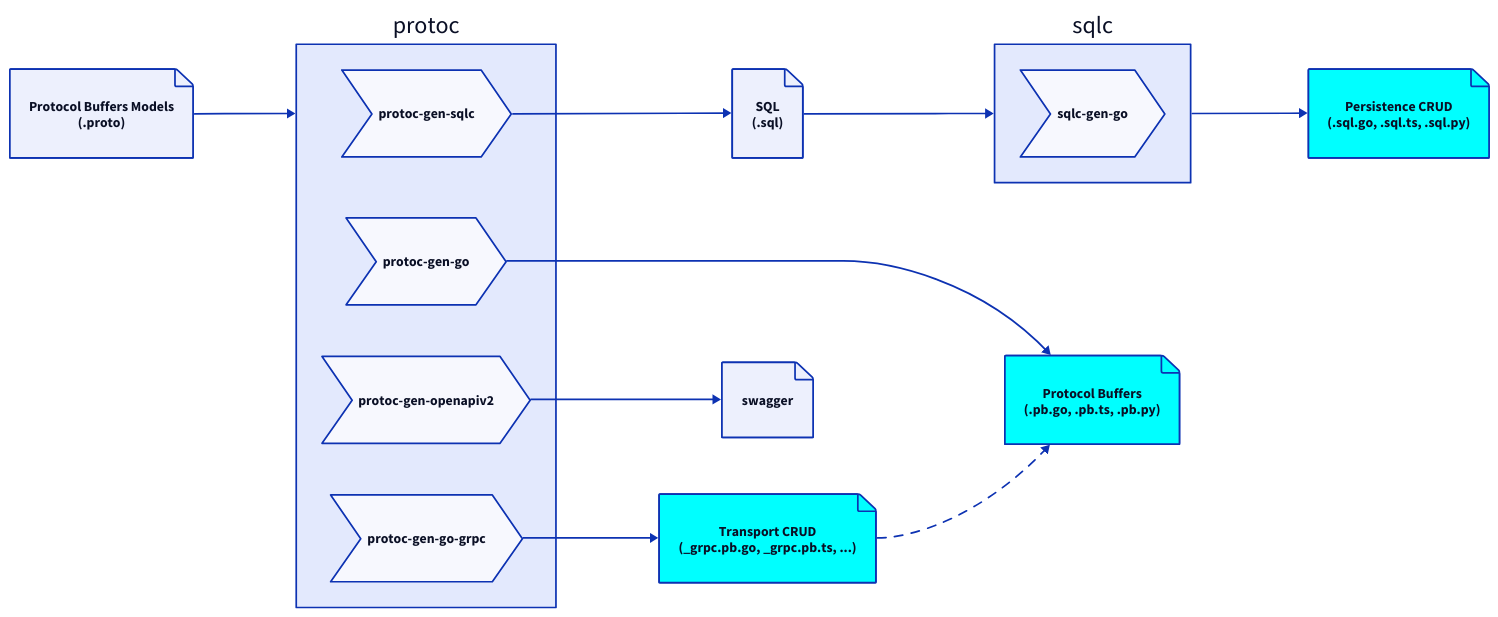
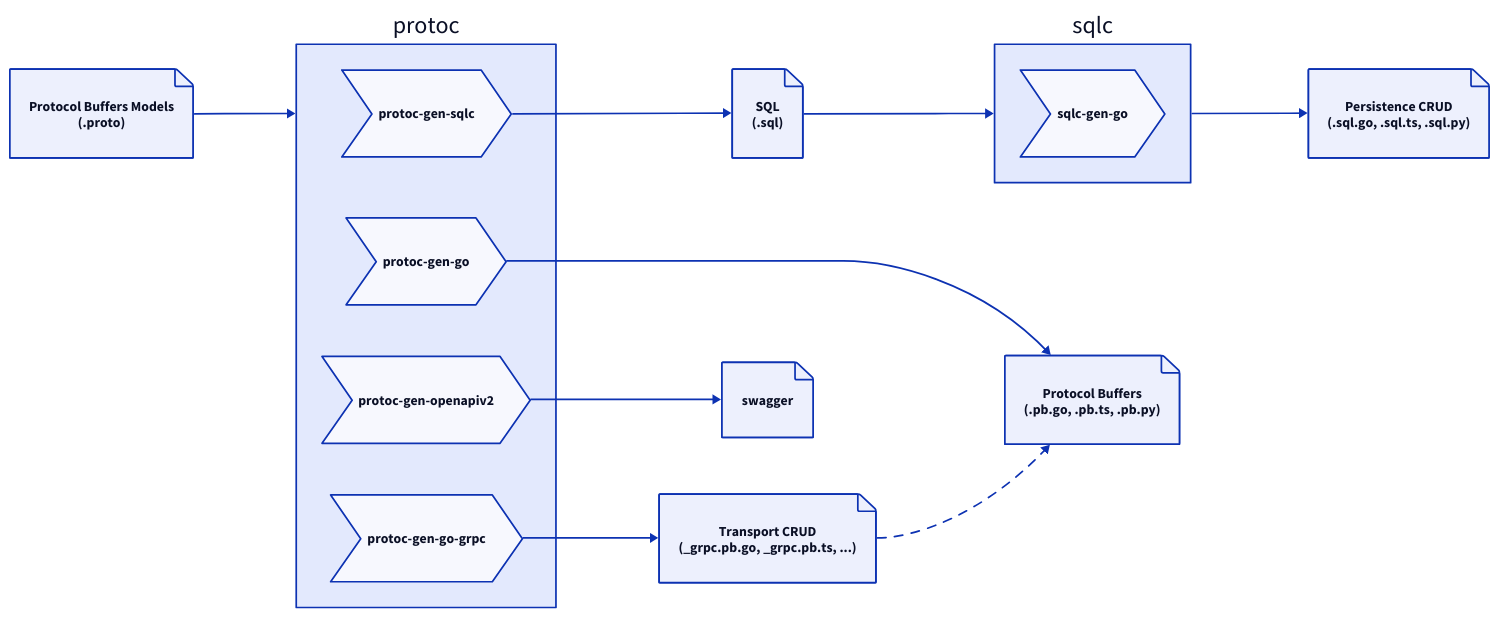
Before and after one commit to pablojimpas/protoc-gen-sqlc: the diagram in docs/diagrams/idea.d2, drawn with D2. The commit also changed 1 other file, not shown here.

Commit message:
Remove cyan accent color

```diff
--- a/docs/diagrams/idea.d2
+++ b/docs/diagrams/idea.d2
@@ -1,71 +1,62 @@
 direction: right
 
 pb: Protocol Buffers Models\n(.proto) {
   shape: page
 }
 
 protoc: {
   protoc-gen-go: {
     shape: step
   }
 
   protoc-gen-go-grpc: {
     shape: step
   }
 
   protoc-gen-sqlc: {
     shape: step
   }
 
   protoc-gen-openapiv2: {
     shape: step
   }
 }
 
 sql: SQL\n(.sql) {
   shape: page
 }
 
 sqlc: {
   sqlc-gen-go: {
     shape: step
   }
 }
 
 go-crud-sql: Persistence CRUD\n(.sql.go, .sql.ts, .sql.py) {
   shape: page
-  style: {
-    fill: cyan
-  }
 }
 
 go-crud-grpc: Transport CRUD\n(_grpc.pb.go, _grpc.pb.ts, ...) {
   shape: page
-  style: {
-    fill: cyan
-  }
 }
 
 go-pb: Protocol Buffers\n(.pb.go, .pb.ts, .pb.py) {
   shape: page
-  style: {
-    fill: cyan
-  }
 }
 
 swagger: {
   shape: page
 }
 
 pb -> protoc
 protoc.protoc-gen-sqlc -> sql
 sql -> sqlc -> go-crud-sql
 protoc.protoc-gen-go -> go-pb
 protoc.protoc-gen-go-grpc -> go-crud-grpc
 protoc.protoc-gen-openapiv2 -> swagger
 
 go-crud-grpc -> go-pb: {
   style: {
     animated: true
   }
 }
```
